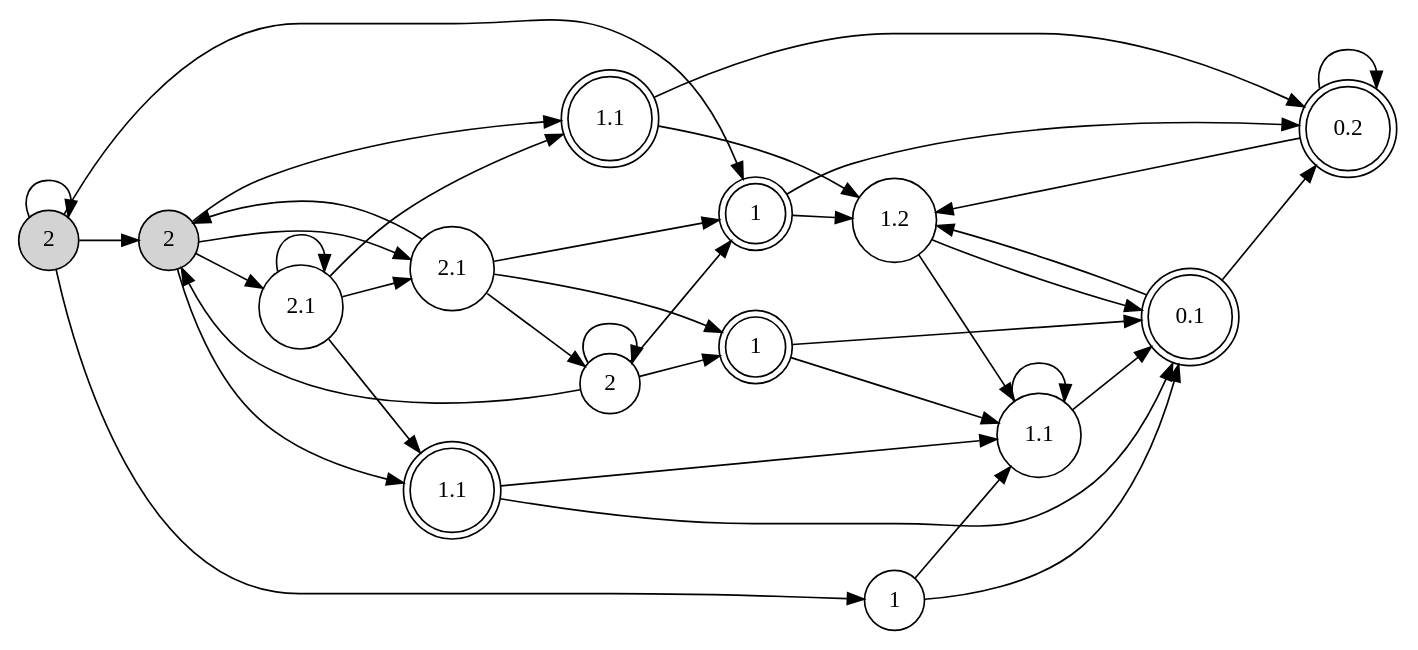
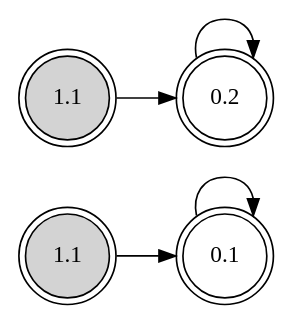
The diagram in cmake-build-debug/SBA.dot (Tj-Cong/EnPAC_2021_RD), drawn with Graphviz before and after one commit. The commit also changed 40 other files, not shown here.

```diff
--- a/cmake-build-debug/SBA.dot
+++ b/cmake-build-debug/SBA.dot
@@ -1,56 +1,12 @@
 digraph SBA{
 	rankdir=LR
-	0 [shape=circle,style=filled,label="2"]
-	1 [shape=circle,style=filled,label="2"]
-	3 [shape=doublecircle,label="1"]
-	5 [shape=circle,label="1"]
-	6 [shape=circle,label="2.1"]
-	8 [shape=doublecircle,label="1.1"]
-	9 [shape=doublecircle,label="1.1"]
-	10 [shape=circle,label="2.1"]
-	11 [shape=circle,label="1.1"]
-	12 [shape=circle,label="1.2"]
-	14 [shape=doublecircle,label="0.1"]
-	15 [shape=doublecircle,label="0.2"]
-	18 [shape=circle,label="2"]
-	19 [shape=doublecircle,label="1"]
+	0 [shape=doublecircle,style=filled,label="1.1"]
+	1 [shape=doublecircle,style=filled,label="1.1"]
+	2 [shape=doublecircle,label="0.2"]
+	3 [shape=doublecircle,label="0.1"]
 
-	0->6
-	0->8
-	0->9
-	0->10
-	1->0
-	1->1
-	1->3
-	1->5
-	3->12
-	3->15
-	5->11
-	5->14
-	6->6
-	6->8
-	6->9
-	6->10
-	8->12
-	8->15
-	9->11
-	9->14
-	10->0
-	10->3
-	10->18
-	10->19
-	11->11
-	11->14
-	12->11
-	12->14
-	14->12
-	14->15
-	15->12
-	15->15
-	18->0
-	18->3
-	18->18
-	18->19
-	19->11
-	19->14
+	0->3
+	1->2
+	2->2
+	3->3
 }
```
